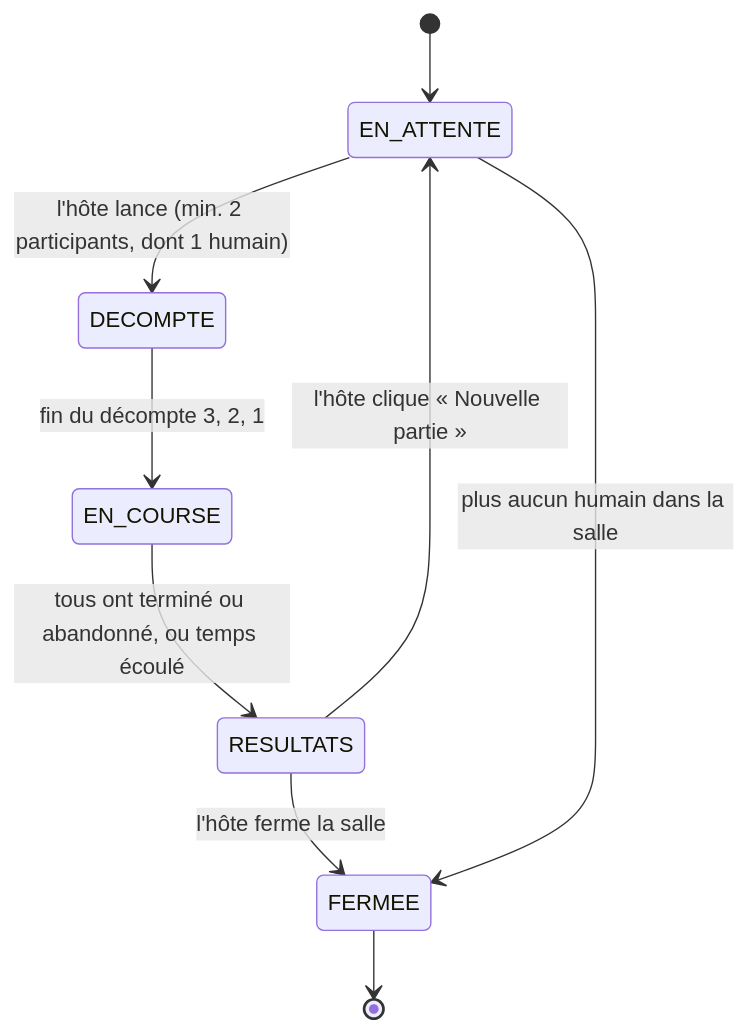
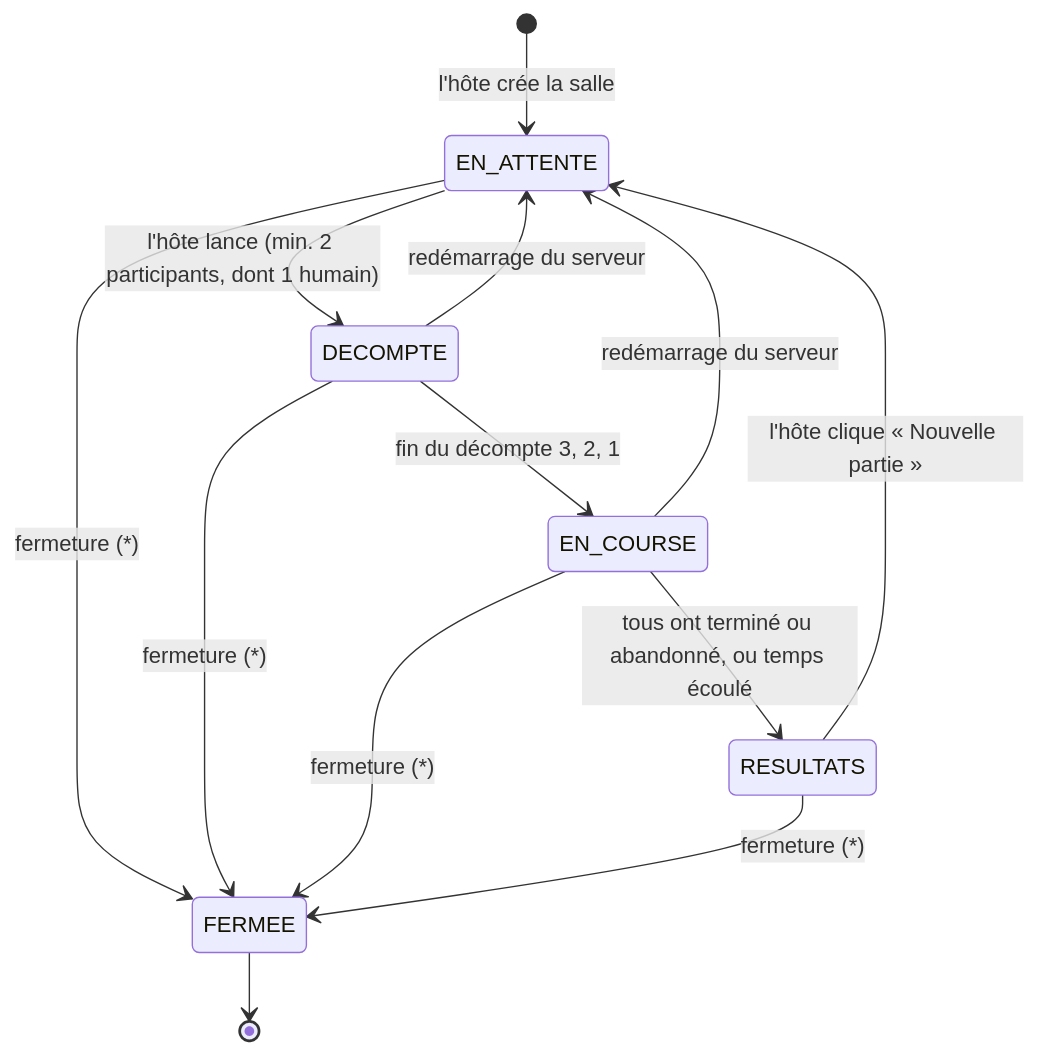
Before and after one commit to Onyyx256/typeracer: the second of 2 diagrams in docs/ARCHITECTURE.md, drawn with Mermaid. The commit also changed other lines of this file, not shown here.

````diff
--- a/docs/ARCHITECTURE.md
+++ b/docs/ARCHITECTURE.md
@@ -136,11 +138,15 @@
 ```mermaid
 stateDiagram-v2
-    [*] --> EN_ATTENTE
+    [*] --> EN_ATTENTE : l'hôte crée la salle
     EN_ATTENTE --> DECOMPTE : l'hôte lance (min. 2 participants, dont 1 humain)
     DECOMPTE --> EN_COURSE : fin du décompte 3, 2, 1
     EN_COURSE --> RESULTATS : tous ont terminé ou abandonné, ou temps écoulé
     RESULTATS --> EN_ATTENTE : l'hôte clique « Nouvelle partie »
-    RESULTATS --> FERMEE : l'hôte ferme la salle
-    EN_ATTENTE --> FERMEE : plus aucun humain dans la salle
+    DECOMPTE --> EN_ATTENTE : redémarrage du serveur
+    EN_COURSE --> EN_ATTENTE : redémarrage du serveur
+    EN_ATTENTE --> FERMEE : fermeture (*)
+    DECOMPTE --> FERMEE : fermeture (*)
+    EN_COURSE --> FERMEE : fermeture (*)
+    RESULTATS --> FERMEE : fermeture (*)
     FERMEE --> [*]
 ```
````
